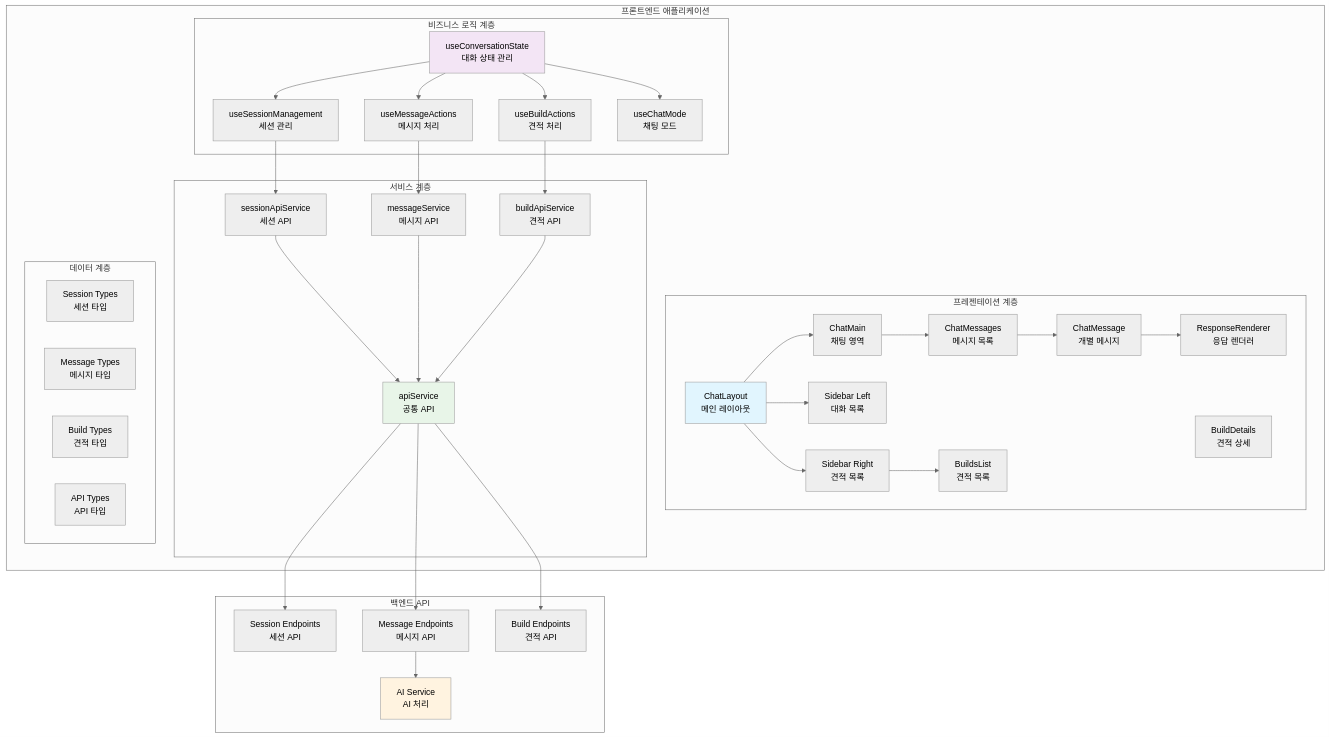
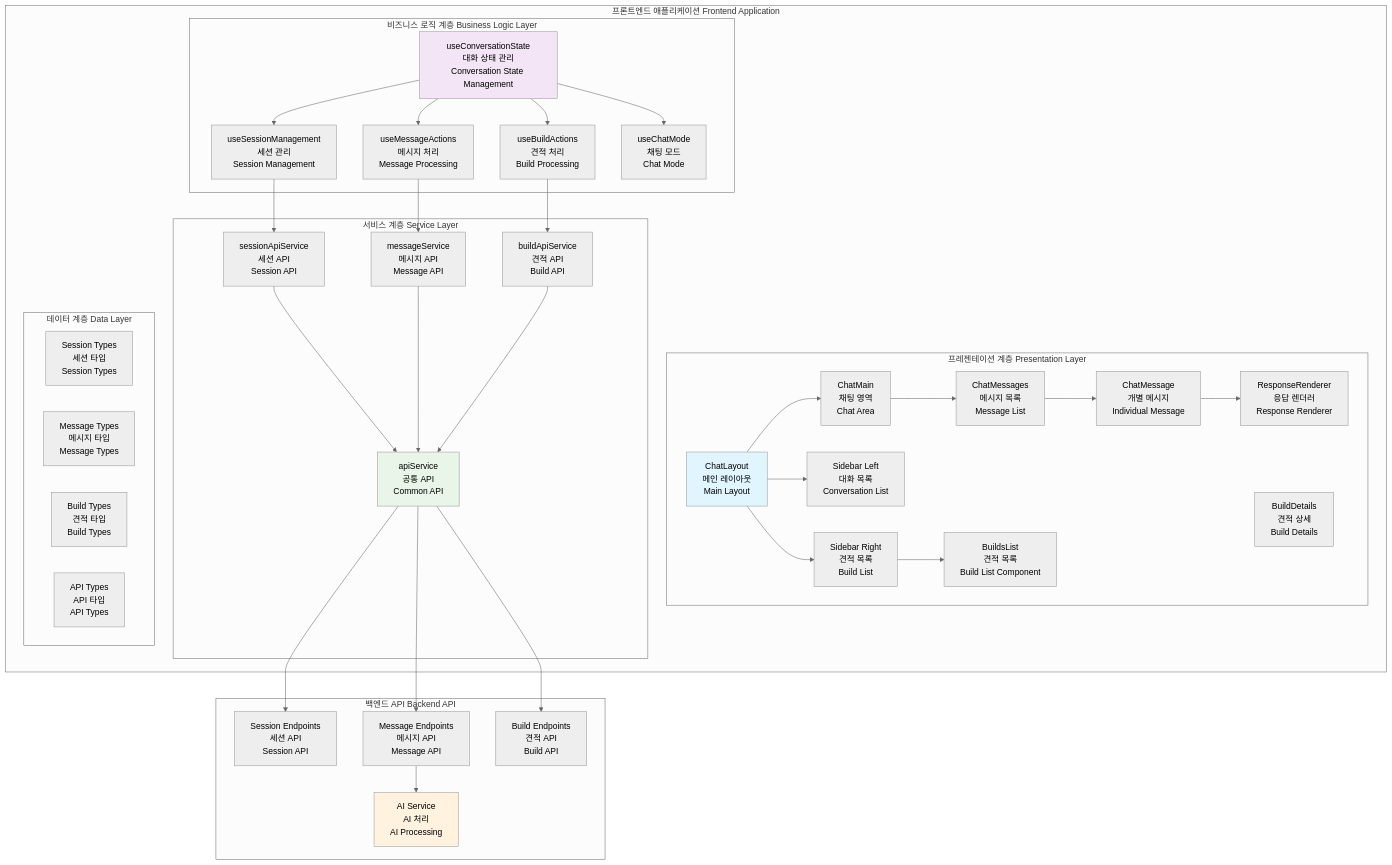
Before and after one commit to p0pular131/askspec-chat-assistant: the first of 19 diagrams in docs/design-specification.md, drawn with Mermaid (neutral theme). The commit also changed other lines of this file and 1 other file, not shown here.

First line of the commit message:
Refactor: Adjust diagram layout for readability

````diff
--- a/docs/design-specification.md
+++ b/docs/design-specification.md
@@ -31,77 +31,77 @@
 ```mermaid
 graph TB
-    subgraph "프론트엔드 애플리케이션"
-        subgraph "프레젠테이션 계층"
-            ChatLayout[ChatLayout<br/>메인 레이아웃]
-            ChatMain[ChatMain<br/>채팅 영역]
-            SidebarLeft[Sidebar Left<br/>대화 목록]
-            SidebarRight[Sidebar Right<br/>견적 목록]
-            ChatMessages[ChatMessages<br/>메시지 목록]
-            ChatMessage[ChatMessage<br/>개별 메시지]
-            ResponseRenderer[ResponseRenderer<br/>응답 렌더러]
-            BuildsList[BuildsList<br/>견적 목록]
-            BuildDetails[BuildDetails<br/>견적 상세]
+    subgraph "프론트엔드 애플리케이션 Frontend Application"
+        subgraph "프레젠테이션 계층 Presentation Layer"
+            ChatLayout["ChatLayout<br/>메인 레이아웃<br/>Main Layout"]
+            ChatMain["ChatMain<br/>채팅 영역<br/>Chat Area"]
+            SidebarLeft["Sidebar Left<br/>대화 목록<br/>Conversation List"]
+            SidebarRight["Sidebar Right<br/>견적 목록<br/>Build List"]
+            ChatMessages["ChatMessages<br/>메시지 목록<br/>Message List"]
+            ChatMessage["ChatMessage<br/>개별 메시지<br/>Individual Message"]
+            ResponseRenderer["ResponseRenderer<br/>응답 렌더러<br/>Response Renderer"]
+            BuildsList["BuildsList<br/>견적 목록<br/>Build List Component"]
+            BuildDetails["BuildDetails<br/>견적 상세<br/>Build Details"]
         end
         
-        subgraph "비즈니스 로직 계층"
-            ConversationState[useConversationState<br/>대화 상태 관리]
-            SessionManagement[useSessionManagement<br/>세션 관리]
-            MessageActions[useMessageActions<br/>메시지 처리]
-            BuildActions[useBuildActions<br/>견적 처리]
-            ChatMode[useChatMode<br/>채팅 모드]
+        subgraph "비즈니스 로직 계층 Business Logic Layer"
+            ConversationState["useConversationState<br/>대화 상태 관리<br/>Conversation State Management"]
+            SessionManagement["useSessionManagement<br/>세션 관리<br/>Session Management"]
+            MessageActions["useMessageActions<br/>메시지 처리<br/>Message Processing"]
+            BuildActions["useBuildActions<br/>견적 처리<br/>Build Processing"]
+            ChatMode["useChatMode<br/>채팅 모드<br/>Chat Mode"]
         end
         
-        subgraph "서비스 계층"
-            SessionAPI[sessionApiService<br/>세션 API]
-            MessageService[messageService<br/>메시지 API]
-            BuildService[buildApiService<br/>견적 API]
-            APIService[apiService<br/>공통 API]
+        subgraph "서비스 계층 Service Layer"
+            SessionAPI["sessionApiService<br/>세션 API<br/>Session API"]
+            MessageService["messageService<br/>메시지 API<br/>Message API"]
+            BuildService["buildApiService<br/>견적 API<br/>Build API"]
+            APIService["apiService<br/>공통 API<br/>Common API"]
         end
         
-        subgraph "데이터 계층"
-            SessionTypes[Session Types<br/>세션 타입]
-            MessageTypes[Message Types<br/>메시지 타입]
-            BuildTypes[Build Types<br/>견적 타입]
-            APITypes[API Types<br/>API 타입]
+        subgraph "데이터 계층 Data Layer"
+            SessionTypes["Session Types<br/>세션 타입<br/>Session Types"]
+            MessageTypes["Message Types<br/>메시지 타입<br/>Message Types"]
+            BuildTypes["Build Types<br/>견적 타입<br/>Build Types"]
+            APITypes["API Types<br/>API 타입<br/>API Types"]
         end
     end
     
-    subgraph "백엔드 API"
-        SessionEndpoints[Session Endpoints<br/>세션 API]
-        MessageEndpoints[Message Endpoints<br/>메시지 API]
-        BuildEndpoints[Build Endpoints<br/>견적 API]
-        AIService[AI Service<br/>AI 처리]
+    subgraph "백엔드 API Backend API"
+        SessionEndpoints["Session Endpoints<br/>세션 API<br/>Session API"]
+        MessageEndpoints["Message Endpoints<br/>메시지 API<br/>Message API"]
+        BuildEndpoints["Build Endpoints<br/>견적 API<br/>Build API"]
+        AIService["AI Service<br/>AI 처리<br/>AI Processing"]
     end
     
     ChatLayout --> ChatMain
     ChatLayout --> SidebarLeft
     ChatLayout --> SidebarRight
     ChatMain --> ChatMessages
     ChatMessages --> ChatMessage
     ChatMessage --> ResponseRenderer
     SidebarRight --> BuildsList
     
     ConversationState --> SessionManagement
     ConversationState --> MessageActions
     ConversationState --> BuildActions
     ConversationState --> ChatMode
     
     SessionManagement --> SessionAPI
     MessageActions --> MessageService
     BuildActions --> BuildService
     
     SessionAPI --> APIService
     MessageService --> APIService
     BuildService --> APIService
     
     APIService --> SessionEndpoints
     APIService --> MessageEndpoints
     APIService --> BuildEndpoints
     
     MessageEndpoints --> AIService
     
     style ChatLayout fill:#e1f5fe
     style ConversationState fill:#f3e5f5
     style APIService fill:#e8f5e8
     style AIService fill:#fff3e0
 ```
````
